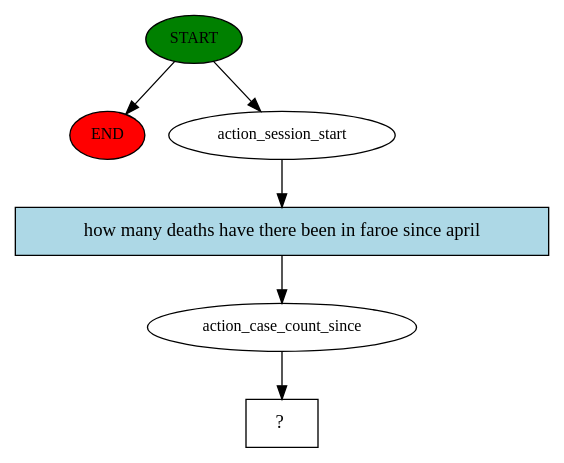
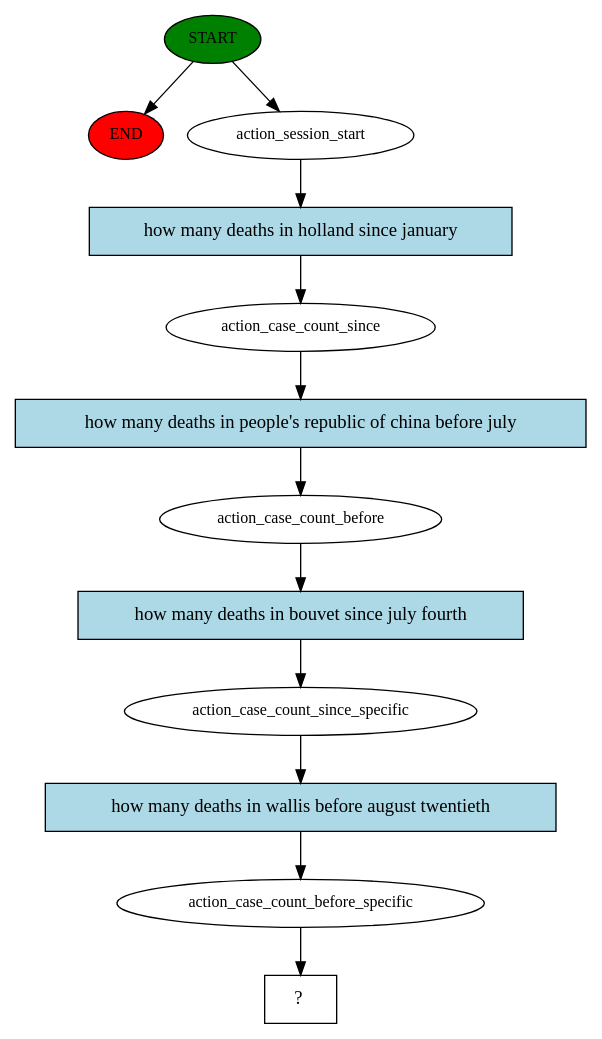
The diagram in rasa/story_graph.dot (gmeisinger/chatbot), drawn with Graphviz before and after one commit. The commit also changed 6 other files, not shown here.

```diff
--- a/rasa/story_graph.dot
+++ b/rasa/story_graph.dot
@@ -1,13 +1,25 @@
 digraph  {
 0 [class="start active", fillcolor=green, fontsize=12, label=START, style=filled];
 "-1" [class=end, fillcolor=red, fontsize=12, label=END, style=filled];
 1 [class=active, fontsize=12, label=action_session_start];
 2 [class=active, fontsize=12, label=action_case_count_since];
-3 [class="intent dashed active", label="  ?  ", shape=rect];
-4 [class="intent active", fillcolor=lightblue, label="how many deaths have there been in faroe since april", shape=rect, style=filled];
+3 [class=active, fontsize=12, label=action_case_count_before];
+4 [class=active, fontsize=12, label=action_case_count_since_specific];
+5 [class=active, fontsize=12, label=action_case_count_before_specific];
+6 [class="intent dashed active", label="  ?  ", shape=rect];
+7 [class="intent active", fillcolor=lightblue, label="how many deaths in holland since january", shape=rect, style=filled];
+8 [class="intent active", fillcolor=lightblue, label="how many deaths in people's republic of china before july", shape=rect, style=filled];
+9 [class="intent active", fillcolor=lightblue, label="how many deaths in bouvet since july fourth", shape=rect, style=filled];
+10 [class="intent active", fillcolor=lightblue, label="how many deaths in wallis before august twentieth", shape=rect, style=filled];
 0 -> "-1"  [class="", key=NONE, label=""];
 0 -> 1  [class=active, key=NONE, label=""];
-1 -> 4  [class=active, key=0];
-2 -> 3  [class=active, key=NONE, label=""];
-4 -> 2  [class=active, key=0];
+1 -> 7  [class=active, key=0];
+2 -> 8  [class=active, key=0];
+3 -> 9  [class=active, key=0];
+4 -> 10  [class=active, key=0];
+5 -> 6  [class=active, key=NONE, label=""];
+7 -> 2  [class=active, key=0];
+8 -> 3  [class=active, key=0];
+9 -> 4  [class=active, key=0];
+10 -> 5  [class=active, key=0];
 }
```
